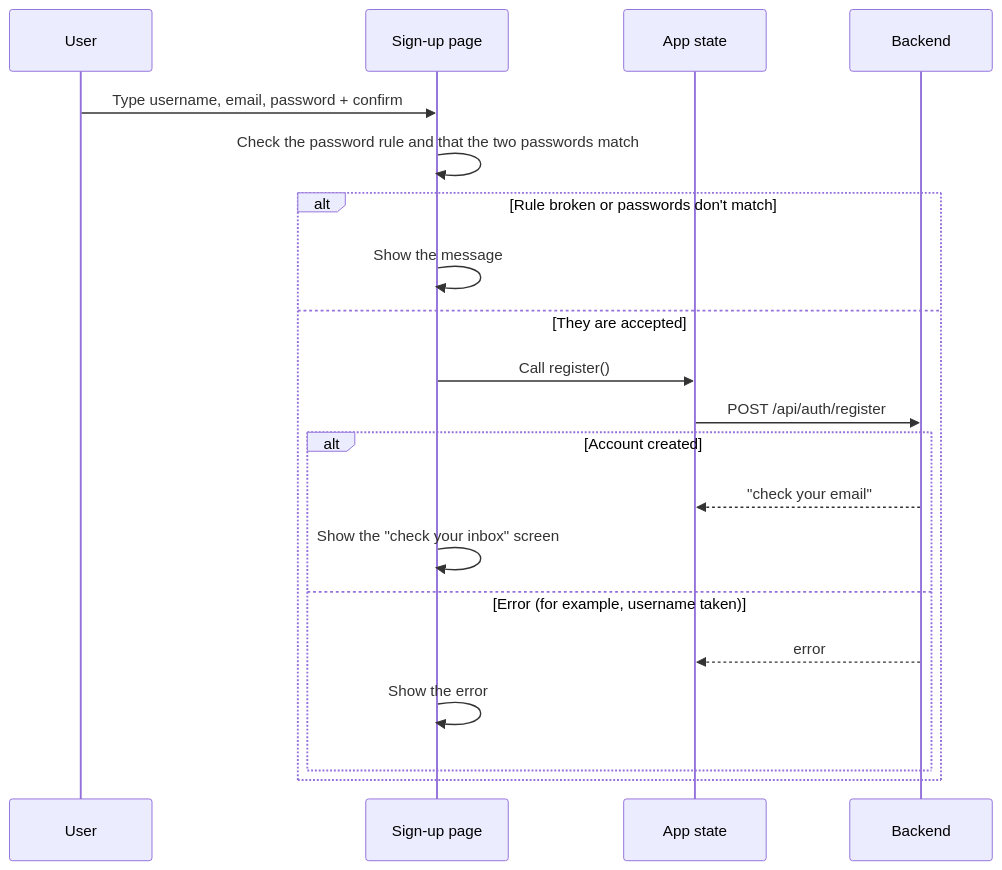
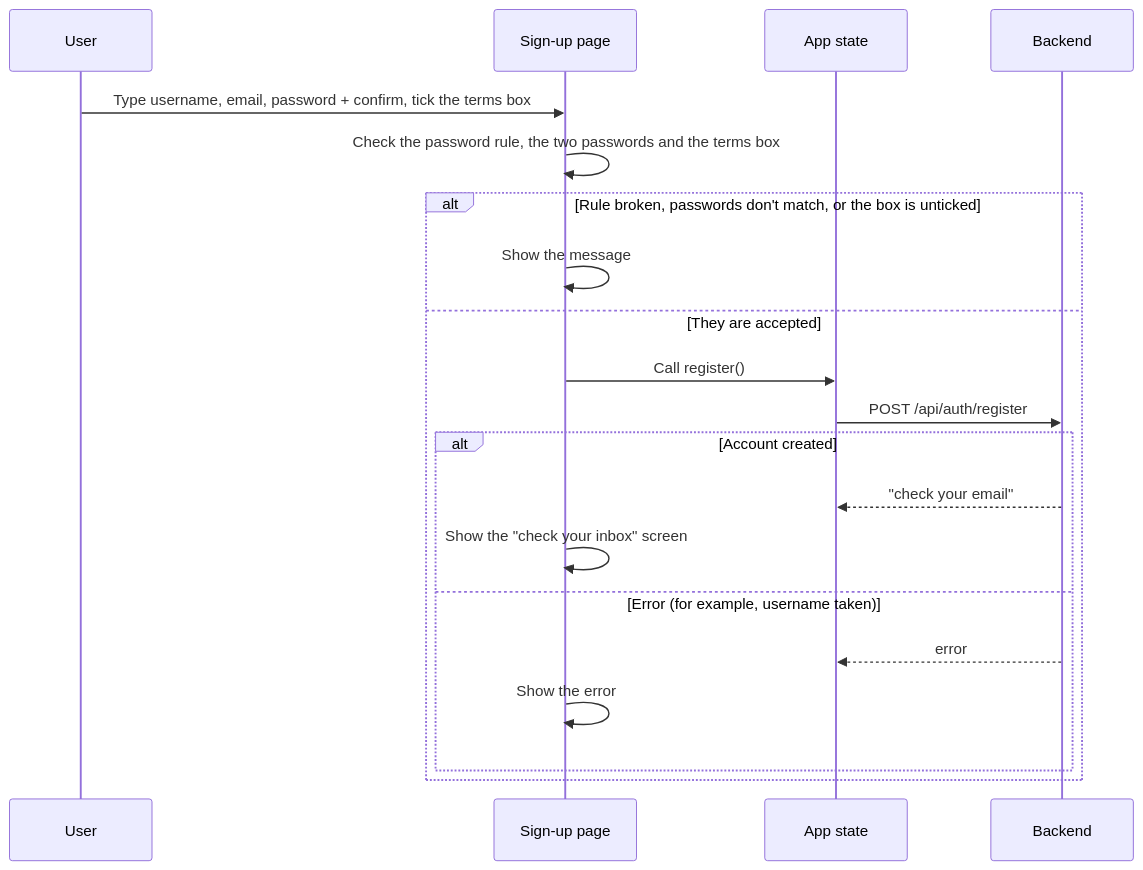
The second of 3 diagrams in docs/frontend/frontend-auth-pages-module.md (J00ZzZ/ft_transcendence), drawn with Mermaid before and after one commit. The commit also changed other lines of this file and 13 other files, not shown here.

Commit message:
Hotfix: Fixed issue where emailVerified was not checked. Fixed issue where agreement checkbox was a dummy. Added links to Terms of Service and Privacy docs in the Sign Up page.

````diff
--- a/docs/frontend/frontend-auth-pages-module.md
+++ b/docs/frontend/frontend-auth-pages-module.md
@@ -115,23 +121,23 @@
 ```mermaid
 sequenceDiagram
     participant User
     participant Signup as Sign-up page
     participant Store as App state
     participant API as Backend
 
-    User->>Signup: Type username, email, password + confirm
-    Signup->>Signup: Check the password rule and that the two passwords match
-    alt Rule broken or passwords don't match
+    User->>Signup: Type username, email, password + confirm, tick the terms box
+    Signup->>Signup: Check the password rule, the two passwords and the terms box
+    alt Rule broken, passwords don't match, or the box is unticked
         Signup->>Signup: Show the message
     else They are accepted
         Signup->>Store: Call register()
         Store->>API: POST /api/auth/register
         alt Account created
             API-->>Store: "check your email"
             Signup->>Signup: Show the "check your inbox" screen
         else Error (for example, username taken)
             API-->>Store: error
             Signup->>Signup: Show the error
         end
     end
 ```
````
